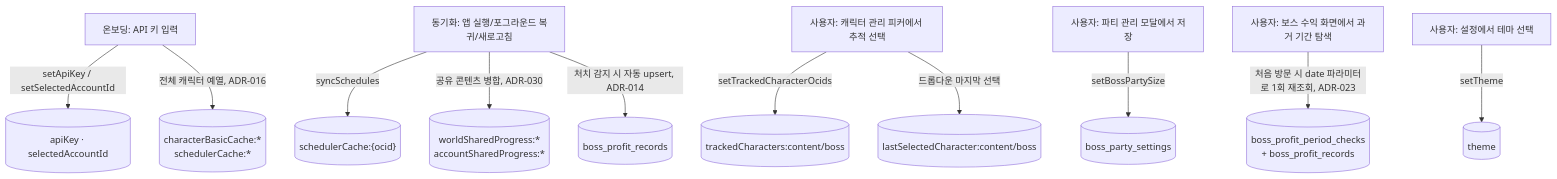
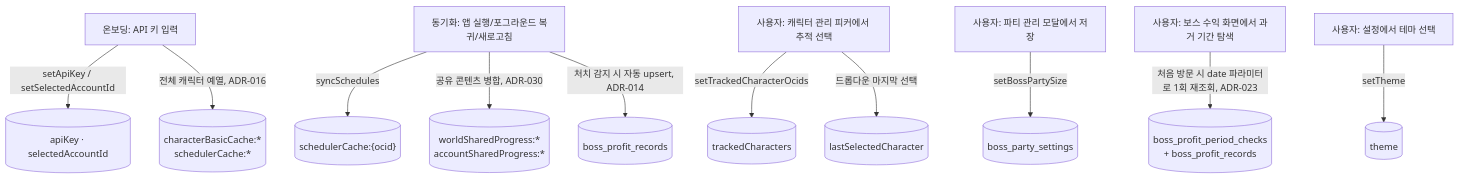
One commit to jini520/maple-routine changed the second of 3 diagrams in docs/persistence/lifecycle.md. Above: the diagram before and after it, drawn with Mermaid. The commit also changed other lines of this file and 13 other files, not shown here.

````diff
--- a/docs/persistence/lifecycle.md
+++ b/docs/persistence/lifecycle.md
@@ -26,18 +26,18 @@
 ```mermaid
 flowchart TD
     Onboard["온보딩: API 키 입력"] -->|setApiKey / setSelectedAccountId| Pref1[("apiKey · selectedAccountId")]
     Onboard -->|전체 캐릭터 예열, ADR-016| Pref2[("characterBasicCache:*\nschedulerCache:*")]
 
     Sync["동기화: 앱 실행/포그라운드 복귀/새로고침"] -->|syncSchedules| Pref3[("schedulerCache:{ocid}")]
     Sync -->|공유 콘텐츠 병합, ADR-030| Pref4[("worldSharedProgress:*\naccountSharedProgress:*")]
     Sync -->|처치 감지 시 자동 upsert, ADR-014| Sql1[("boss_profit_records")]
 
-    UserPick["사용자: 캐릭터 관리 피커에서 추적 선택"] -->|setTrackedCharacterOcids| Pref5[("trackedCharacters:content/boss")]
-    UserPick -->|드롭다운 마지막 선택| Pref6[("lastSelectedCharacter:content/boss")]
+    UserPick["사용자: 캐릭터 관리 피커에서 추적 선택"] -->|setTrackedCharacterOcids| Pref5[("trackedCharacters")]
+    UserPick -->|드롭다운 마지막 선택| Pref6[("lastSelectedCharacter")]
 
     UserParty["사용자: 파티 관리 모달에서 저장"] -->|setBossPartySize| Sql2[("boss_party_settings")]
 
     UserPeriod["사용자: 보스 수익 화면에서 과거 기간 탐색"] -->|처음 방문 시 date 파라미터로 1회 재조회, ADR-023| Sql3[("boss_profit_period_checks\n+ boss_profit_records")]
 
     UserTheme["사용자: 설정에서 테마 선택"] -->|setTheme| Pref7[("theme")]
 ```
````
